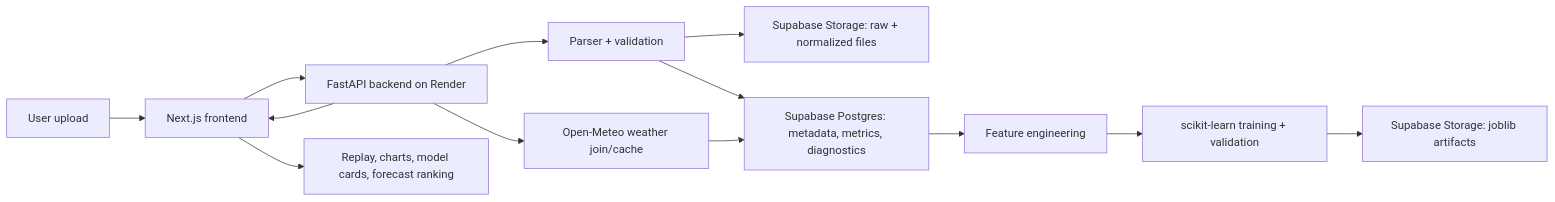
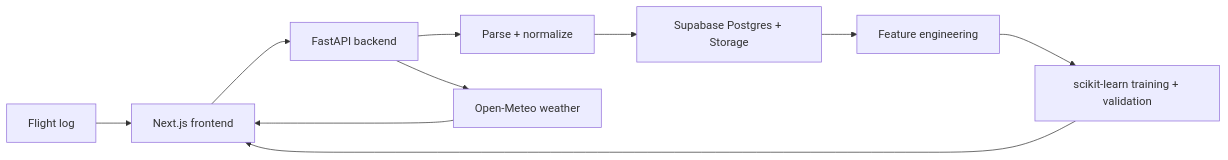
The diagram in README.md (immanuelgn/AeroStats-AI), drawn with Mermaid before and after one commit. The commit also changed other lines of this file and 3 other files, not shown here.

````diff
--- a/README.md
+++ b/README.md
@@ -17,15 +30,12 @@
 ```mermaid
 flowchart LR
-  U["User upload"] --> F["Next.js frontend"]
-  F --> API["FastAPI backend on Render"]
-  API --> P["Parser + validation"]
-  P --> S1["Supabase Storage: raw + normalized files"]
-  P --> DB["Supabase Postgres: metadata, metrics, diagnostics"]
+  U["Flight log"] --> F["Next.js frontend"]
+  F --> API["FastAPI backend"]
+  API --> P["Parse + normalize"]
+  P --> DB["Supabase Postgres + Storage"]
   DB --> FE["Feature engineering"]
   FE --> ML["scikit-learn training + validation"]
-  ML --> ART["Supabase Storage: joblib artifacts"]
-  API --> W["Open-Meteo weather join/cache"]
-  W --> DB
-  API --> F
-  F --> R["Replay, charts, model cards, forecast ranking"]
+  API --> W["Open-Meteo weather"]
+  ML --> F
+  W --> F
 ```
````
